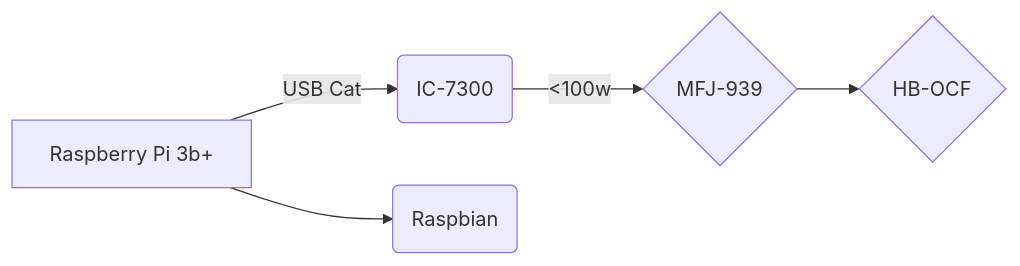
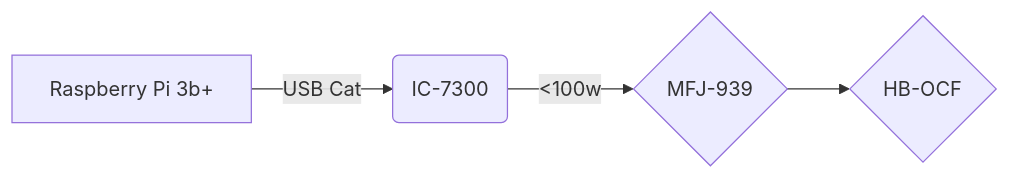
The diagram in station.md.md (we4sel/we4sel.github.io), drawn with Mermaid before and after one commit. The commit also changed other lines of this file, not shown here.

````diff
--- a/station.md.md
+++ b/station.md.md
@@ -7,8 +9,8 @@
 ```mermaid
 graph LR
 A[Raspberry Pi 3b+] -- USB Cat --> B(IC-7300)
-A --> C(Raspbian) 
 B -- <100w  --> D{MFJ-939}
 D --> E{HB-OCF}
 
+
 ```
````
